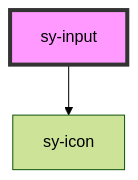
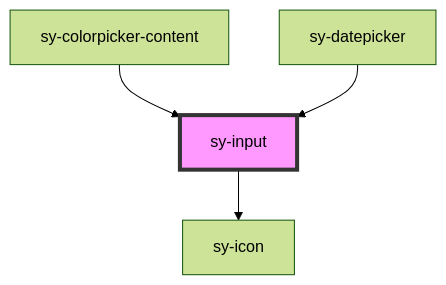
The diagram in design-system-light/src/components/input/readme.md (ksrae/saida-design-system-components), drawn with Mermaid (forest theme) before and after one commit. The commit also changed other lines of this file and 121 other files, not shown here.

````diff
--- a/design-system-light/src/components/input/readme.md
+++ b/design-system-light/src/components/input/readme.md
@@ -119,5 +124,7 @@
 ```mermaid
 graph TD;
   sy-input --> sy-icon
+  sy-colorpicker-content --> sy-input
+  sy-datepicker --> sy-input
   style sy-input fill:#f9f,stroke:#333,stroke-width:4px
 ```
````
